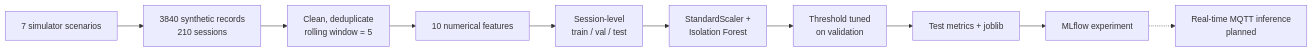
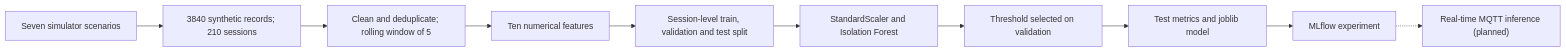
One commit to NourGaida/SmartCare changed the second of 2 diagrams in README.md. Above: the diagram before and after it, drawn with Mermaid. The commit also changed other lines of this file, not shown here.

````diff
--- a/README.md
+++ b/README.md
@@ -164,12 +130,12 @@
 ```mermaid
 flowchart LR
-    A[7 simulator scenarios] --> B[3840 synthetic records<br/>210 sessions]
-    B --> C[Clean, deduplicate<br/>rolling window = 5]
-    C --> D[10 numerical features]
-    D --> E[Session-level<br/>train / val / test]
-    E --> F[StandardScaler +<br/>Isolation Forest]
-    F --> G[Threshold tuned<br/>on validation]
-    G --> H[Test metrics + joblib]
-    H --> I[MLflow experiment]
-    I -.-> J[Real-time MQTT inference<br/>planned]
+    A["Seven simulator scenarios"] --> B["3840 synthetic records; 210 sessions"]
+    B --> C["Clean and deduplicate; rolling window of 5"]
+    C --> D["Ten numerical features"]
+    D --> E["Session-level train, validation and test split"]
+    E --> F["StandardScaler and Isolation Forest"]
+    F --> G["Threshold selected on validation"]
+    G --> H["Test metrics and joblib model"]
+    H --> I["MLflow experiment"]
+    I -.-> J["Real-time MQTT inference (planned)"]
 ```
````
